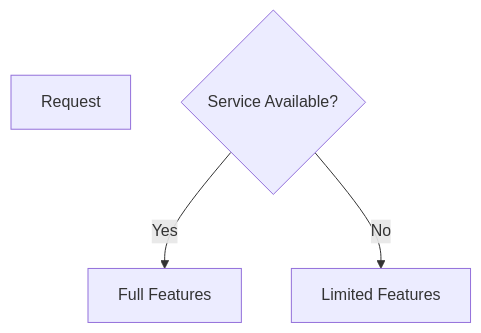
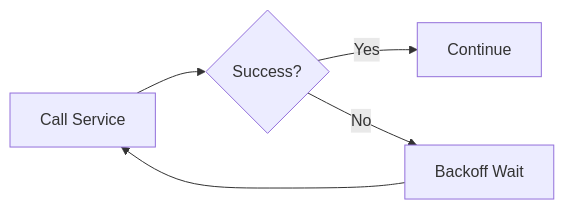
One commit to dbajajmnk/systemdesign changed the fourth of 10 diagrams in systemdesign/8. Reliability and Fault Tolerance/How.md. Above: the diagram before and after it, drawn with Mermaid. The commit also changed other lines of this file and 4 other files, not shown here.

````diff
--- a/systemdesign/8. Reliability and Fault Tolerance/How.md
+++ b/systemdesign/8. Reliability and Fault Tolerance/How.md
@@ -116,7 +153,10 @@
 ```mermaid
-flowchart TD
-    A[Request]
-    B{Service Available?}
-    B -- Yes --> C[Full Features]
-    B -- No --> D[Limited Features]
+flowchart LR
+A[Call Service]
+A --> B{Success?}
+
+B -- Yes --> C[Continue]
+
+B -- No --> D[Backoff Wait]
+D --> A
 ```
````
